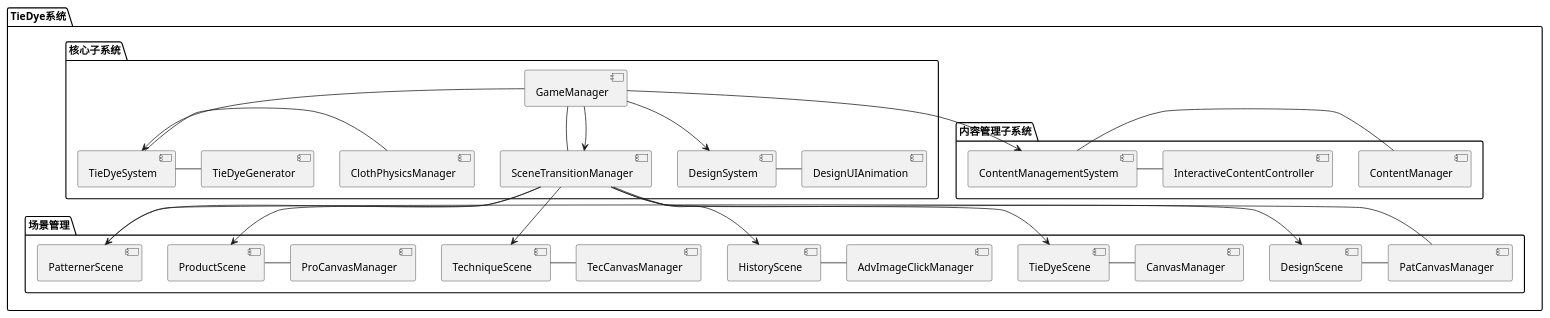
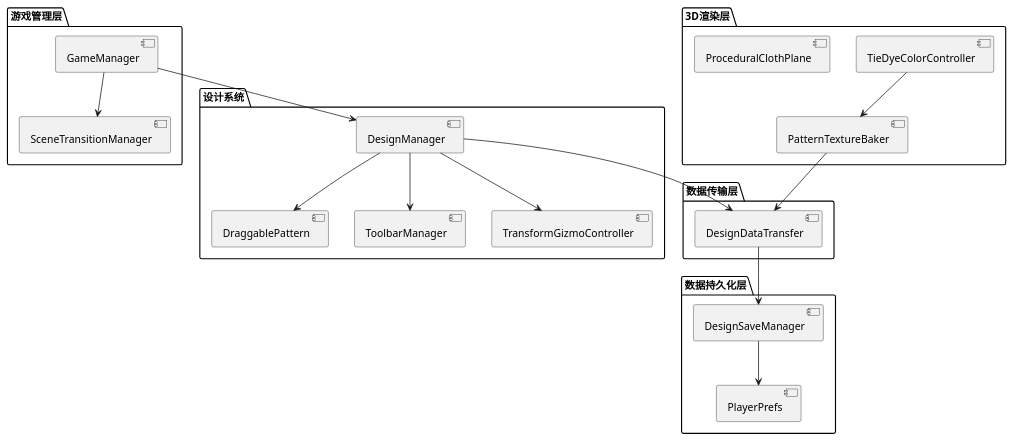
One commit to eeeedddduuuu/TieDyeGit changed the first of 9 diagrams in Assets/Report/系统设计报告.md. Above: the diagram before and after it, drawn with PlantUML. The commit also changed other lines of this file and 20 other files, not shown here.

````diff
--- a/Assets/Report/系统设计报告.md
+++ b/Assets/Report/系统设计报告.md
@@ -11,37 +9,45 @@
 ```plantuml
 @startuml
-package "TieDye系统" {
-    package "核心子系统" {
-        [TieDyeSystem] - [ClothPhysicsManager]
-        [TieDyeSystem] - [TieDyeGenerator]
-        [GameManager] - [SceneTransitionManager]
-        [DesignSystem] - [DesignUIAnimation]
-    }
-    
-    package "内容管理子系统" {
-        [ContentManagementSystem] - [ContentManager]
-        [ContentManagementSystem] - [InteractiveContentController]
-    }
-    
-    package "场景管理" {
-        [DesignScene] - [PatCanvasManager]
-        [TieDyeScene] - [CanvasManager]
-        [HistoryScene] - [AdvImageClickManager]
-        [TechniqueScene] - [TecCanvasManager]
-        [ProductScene] - [ProCanvasManager]
-        [PatternerScene] - [PatCanvasManager]
-    }
-    
-    [GameManager] --> [TieDyeSystem]
-    [GameManager] --> [DesignSystem]
-    [GameManager] --> [ContentManagementSystem]
-    [GameManager] --> [SceneTransitionManager]
-    [SceneTransitionManager] --> [DesignScene]
-    [SceneTransitionManager] --> [TieDyeScene]
-    [SceneTransitionManager] --> [HistoryScene]
-    [SceneTransitionManager] --> [TechniqueScene]
-    [SceneTransitionManager] --> [ProductScene]
-    [SceneTransitionManager] --> [PatternerScene]
+package "游戏管理层" {
+    [GameManager]
+    [SceneTransitionManager]
 }
+
+package "设计系统" {
+    [DesignManager]
+    [DraggablePattern]
+    [ToolbarManager]
+    [TransformGizmoController]
+}
+
+package "3D渲染层" {
+    [PatternTextureBaker]
+    [TieDyeColorController]
+    [ProceduralClothPlane]
+}
+
+package "数据传输层" {
+    [DesignDataTransfer]
+}
+
+package "数据持久化层" {
+    [DesignSaveManager]
+    [PlayerPrefs]
+}
+
+[GameManager] --> [DesignManager]
+[GameManager] --> [SceneTransitionManager]
+
+[DesignManager] --> [DraggablePattern]
+[DesignManager] --> [ToolbarManager]
+[DesignManager] --> [TransformGizmoController]
+[DesignManager] --> [DesignDataTransfer]
+
+[PatternTextureBaker] --> [DesignDataTransfer]
+[TieDyeColorController] --> [PatternTextureBaker]
+
+[DesignDataTransfer] --> [DesignSaveManager]
+[DesignSaveManager] --> [PlayerPrefs]
+
 @enduml
 ```
````
